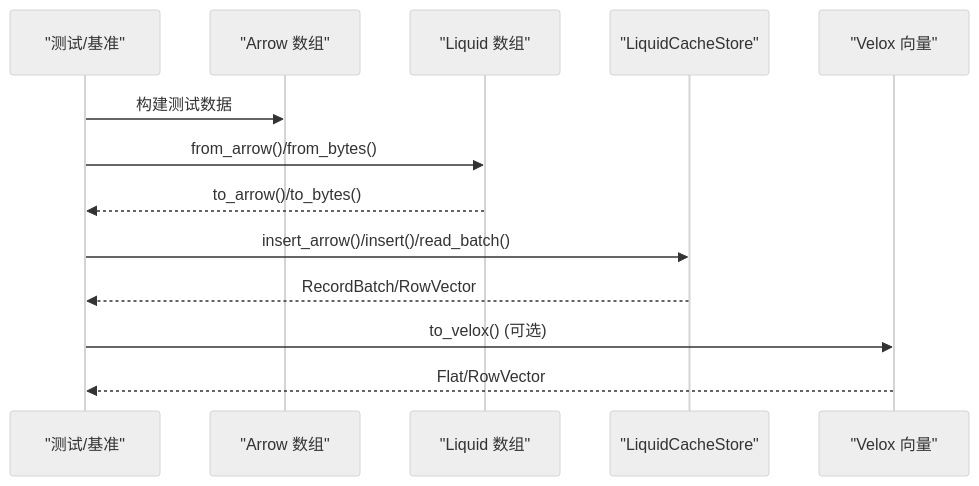
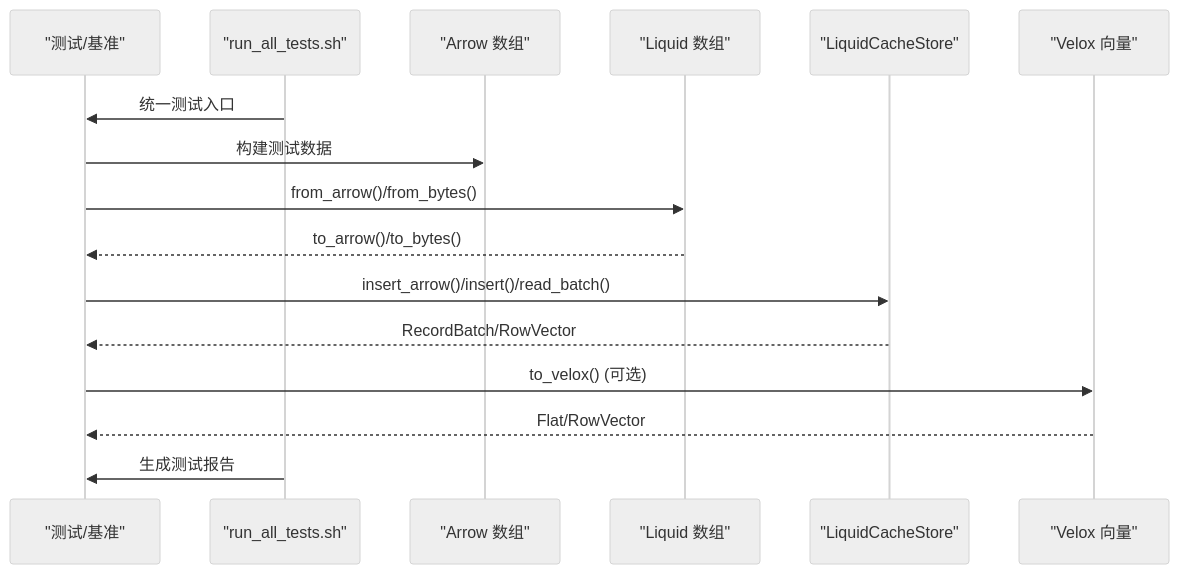
Before and after one commit to tenglei/liquidCacheVelox: the second of 9 diagrams in .qoder/repowiki/zh/content/测试与基准测试.md, drawn with Mermaid (neutral theme). The commit also changed other lines of this file and 3 other files, not shown here.

````diff
--- a/.qoder/repowiki/zh/content/测试与基准测试.md
+++ b/.qoder/repowiki/zh/content/测试与基准测试.md
@@ -120,15 +156,18 @@
 ```mermaid
 sequenceDiagram
 participant Test as "测试/基准"
+participant Script as "run_all_tests.sh"
 participant Arrow as "Arrow 数组"
 participant Liquid as "Liquid 数组"
 participant Store as "LiquidCacheStore"
 participant Velox as "Velox 向量"
+Script->>Test : 统一测试入口
 Test->>Arrow : 构建测试数据
 Test->>Liquid : from_arrow()/from_bytes()
 Liquid-->>Test : to_arrow()/to_bytes()
 Test->>Store : insert_arrow()/insert()/read_batch()
 Store-->>Test : RecordBatch/RowVector
 Test->>Velox : to_velox() (可选)
 Velox-->>Test : Flat/RowVector
+Script->>Test : 生成测试报告
 ```
````
